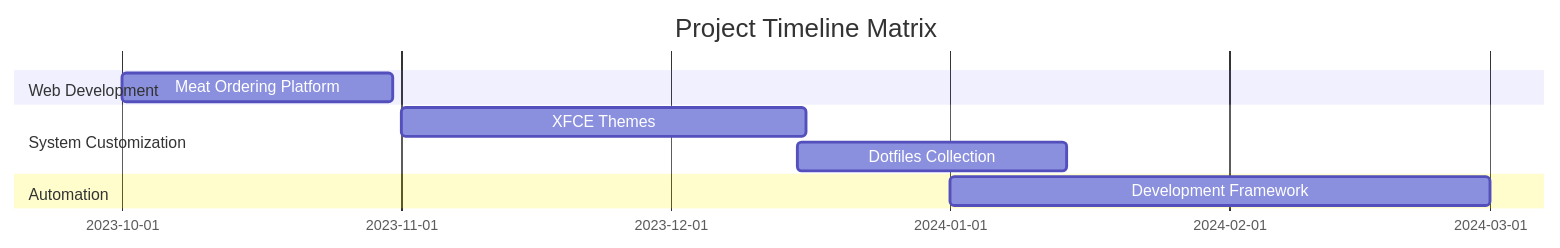
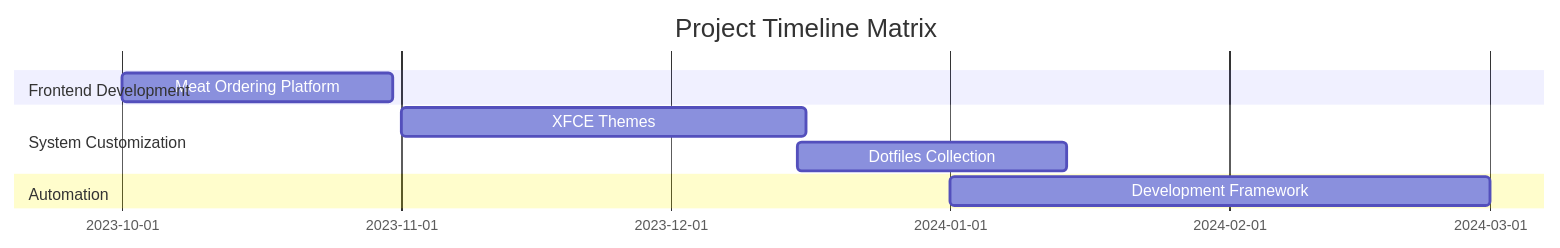
One commit to Hiroshi0Nohara/Hiroshi0Nohara changed the second of 4 diagrams in README.md. Above: the diagram before and after it, drawn with Mermaid. The commit also changed other lines of this file, not shown here.

````diff
--- a/README.md
+++ b/README.md
@@ -120,12 +196,12 @@
   ```mermaid
   gantt
     title Project Timeline Matrix
-    dateFormat  YYYY-MM-DD
-    section Web Development
+    dateFormat YYYY-MM-DD
+    section Frontend Development
     Meat Ordering Platform    :2023-10-01, 30d
     section System Customization
     XFCE Themes              :2023-11-01, 45d
     Dotfiles Collection      :2023-12-15, 30d
     section Automation
     Development Framework    :2024-01-01, 60d
   ```
````
